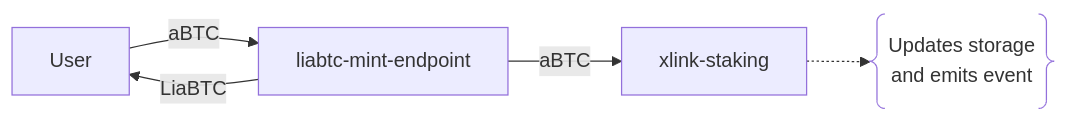
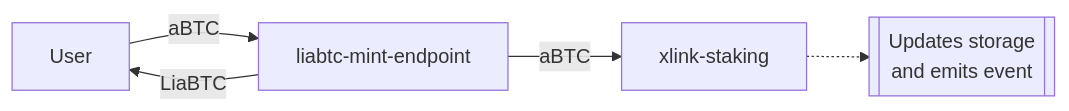
Before and after one commit to CoinFabrik/alex-lisalab-io-docs: the diagram in developers/contracts/liabtc-mint-endpoint.md, drawn with Mermaid. The commit also changed other lines of this file, not shown here.

````diff
--- a/developers/contracts/liabtc-mint-endpoint.md
+++ b/developers/contracts/liabtc-mint-endpoint.md
@@ -31,7 +19,8 @@
 ```mermaid
 flowchart LR
     User --aBTC--> liabtc-mint-endpoint
     liabtc-mint-endpoint --LiaBTC--> User
     liabtc-mint-endpoint --aBTC--> xlink-staking
-    xlink-staking -.-> A@{ shape: braces, label: "Updates storage\n and emits event" }
+    xlink-staking -.-> A[["Updates storage
+    and emits event"]]
 ```
````
